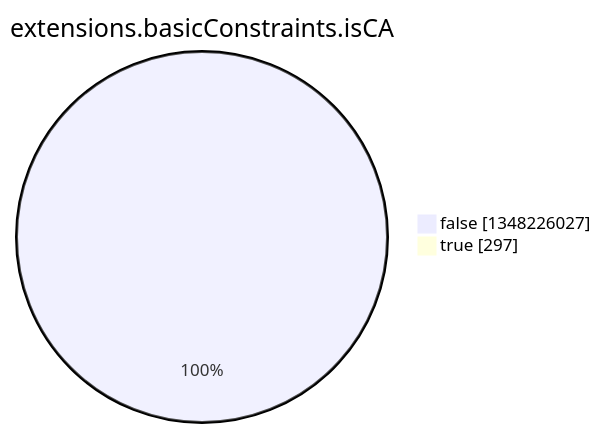
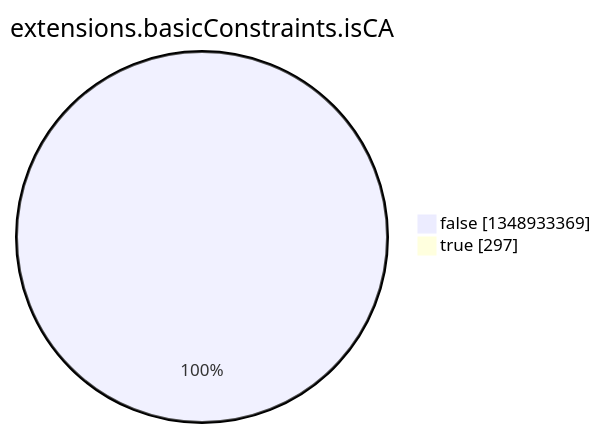
Before and after one commit to christiankrug/ctmonitor_visualization: the eighth of 15 diagrams in argon2022/README.md, drawn with Mermaid. The commit also changed other lines of this file, not shown here.

````diff
--- a/argon2022/README.md
+++ b/argon2022/README.md
@@ -2758,6 +2758,6 @@
 ```mermaid
 pie showData
 title extensions.basicConstraints.isCA
-"false" :1348226027
+"false" :1348933369
 "true" :297
 ```
````
